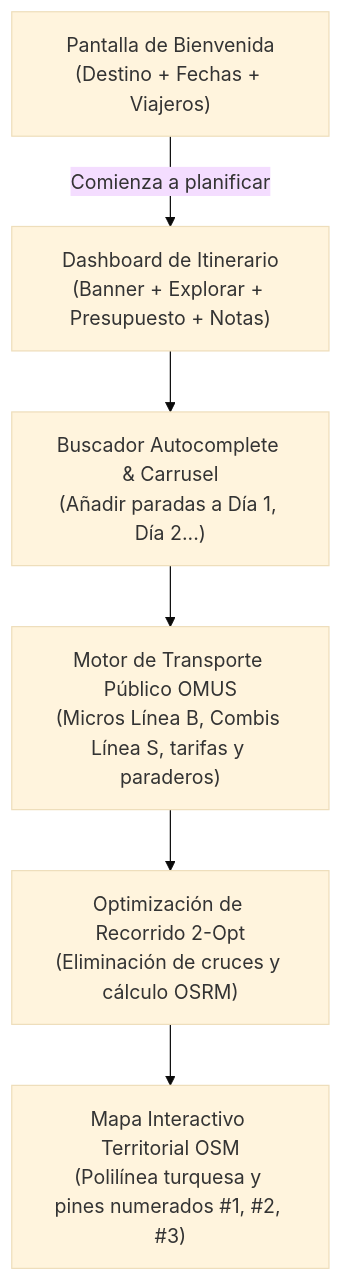
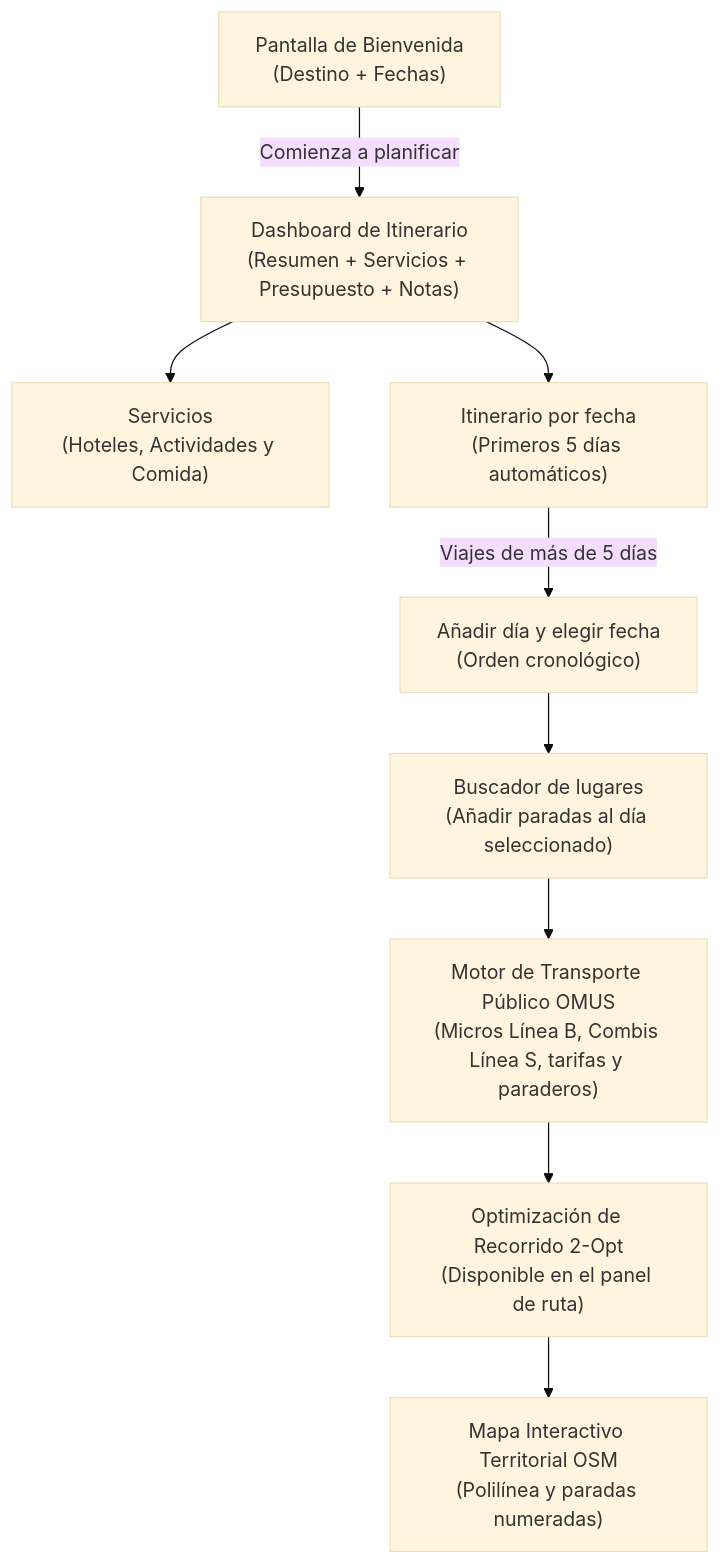
Before and after one commit to ikerchborn/libertad_predict: the third of 3 diagrams in README.md, drawn with Mermaid (base theme). The commit also changed other lines of this file and 2 other files, not shown here.

````diff
--- a/README.md
+++ b/README.md
@@ -251,8 +251,11 @@
 ```mermaid
 flowchart TD
-    A["Pantalla de Bienvenida\n(Destino + Fechas + Viajeros)"] -->|"Comienza a planificar"| B["Dashboard de Itinerario\n(Banner + Explorar + Presupuesto + Notas)"]
-    B --> C["Buscador Autocomplete & Carrusel\n(Añadir paradas a Día 1, Día 2...)"]
-    C --> D["Motor de Transporte Público OMUS\n(Micros Línea B, Combis Línea S, tarifas y paraderos)"]
-    D --> E["Optimización de Recorrido 2-Opt\n(Eliminación de cruces y cálculo OSRM)"]
-    E --> F["Mapa Interactivo Territorial OSM\n(Polilínea turquesa y pines numerados #1, #2, #3)"]
+    A["Pantalla de Bienvenida\n(Destino + Fechas)"] -->|"Comienza a planificar"| B["Dashboard de Itinerario\n(Resumen + Servicios + Presupuesto + Notas)"]
+    B --> C["Servicios\n(Hoteles, Actividades y Comida)"]
+    B --> D["Itinerario por fecha\n(Primeros 5 días automáticos)"]
+    D -->|"Viajes de más de 5 días"| E["Añadir día y elegir fecha\n(Orden cronológico)"]
+    E --> F["Buscador de lugares\n(Añadir paradas al día seleccionado)"]
+    F --> G["Motor de Transporte Público OMUS\n(Micros Línea B, Combis Línea S, tarifas y paraderos)"]
+    G --> H["Optimización de Recorrido 2-Opt\n(Disponible en el panel de ruta)"]
+    H --> I["Mapa Interactivo Territorial OSM\n(Polilínea y paradas numeradas)"]
 ```
````
